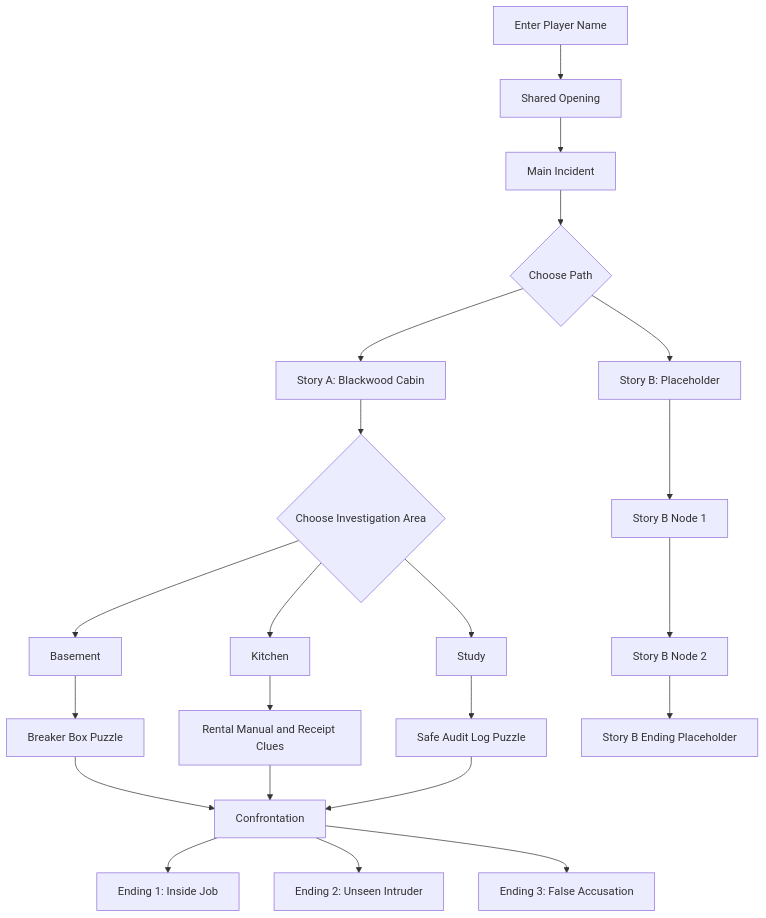
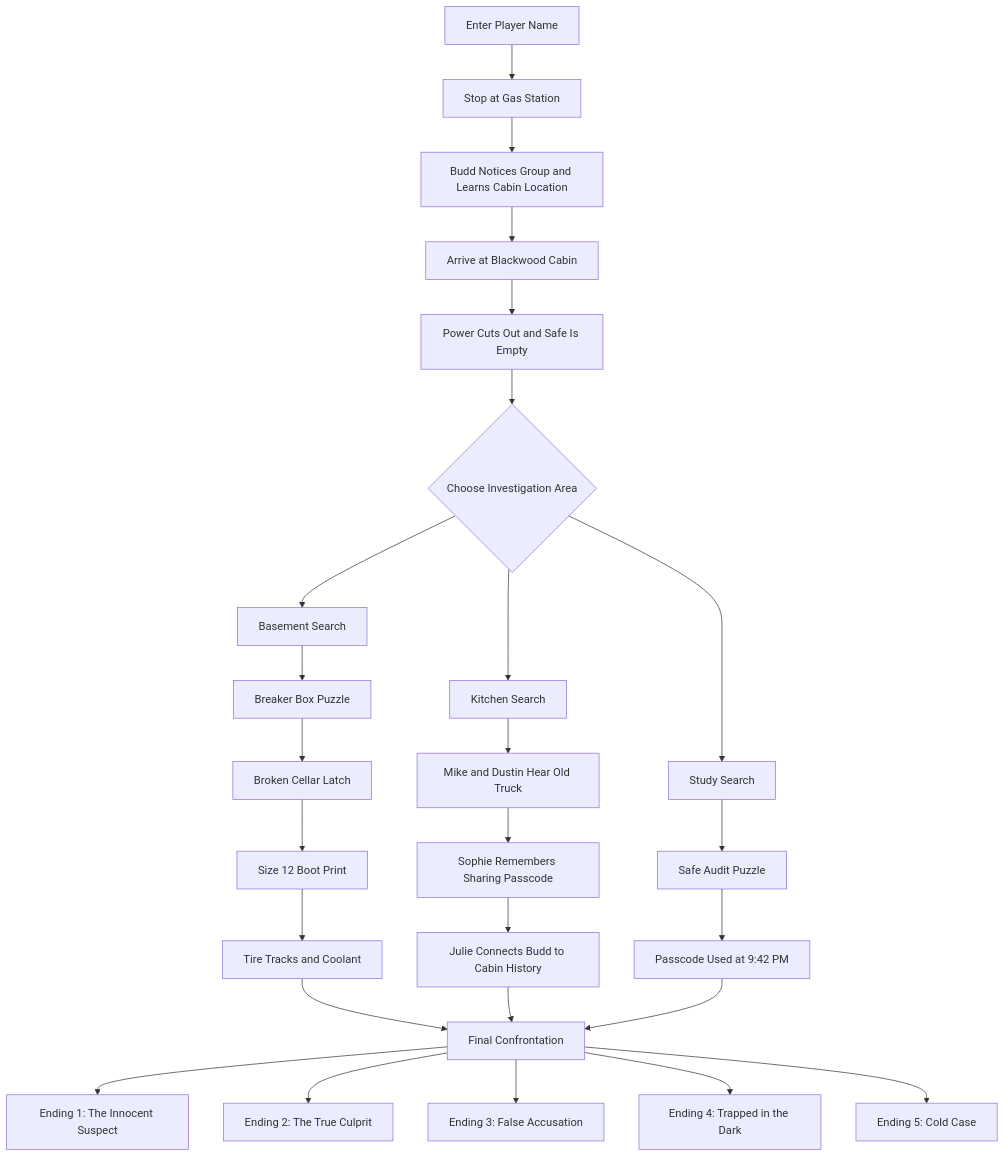
Before and after one commit to wakesth7/web115FinalProject26: the diagram in README.md, drawn with Mermaid.

Commit message:
update flow chart with second story

````diff
--- a/README.md
+++ b/README.md
@@ -27,31 +27,34 @@
 ```mermaid
 flowchart TD
-    A[Enter Player Name] --> B[Shared Opening]
-    B --> C[Main Incident]
-    C --> D{Choose Path}
-
-    D --> E[Story A: Blackwood Cabin]
-    D --> N[Story B: Placeholder]
-
+    A[Enter Player Name] --> B[Stop at Gas Station]
+    B --> C[Budd Notices Group and Learns Cabin Location]
+    C --> D[Arrive at Blackwood Cabin]
+    D --> E[Power Cuts Out and Safe Is Empty]
     E --> F{Choose Investigation Area}
 
-    F --> G[Basement]
-    F --> H[Kitchen]
-    F --> I[Study]
+    F --> G[Basement Search]
+    F --> L[Kitchen Search]
+    F --> P[Study Search]
 
-    G --> J[Breaker Box Puzzle]
-    H --> K[Rental Manual and Receipt Clues]
-    I --> L[Safe Audit Log Puzzle]
+    G --> H[Breaker Box Puzzle]
+    H --> I[Broken Cellar Latch]
+    I --> J[Size 12 Boot Print]
+    J --> K[Tire Tracks and Coolant]
 
-    J --> M[Confrontation]
-    K --> M
-    L --> M
+    L --> M[Mike and Dustin Hear Old Truck]
+    M --> N[Sophie Remembers Sharing Passcode]
+    N --> O[Julie Connects Budd to Cabin History]
 
-    M --> O[Ending 1: Inside Job]
-    M --> P[Ending 2: Unseen Intruder]
-    M --> Q[Ending 3: False Accusation]
+    P --> Q[Safe Audit Puzzle]
+    Q --> R[Passcode Used at 9:42 PM]
 
-    N --> R[Story B Node 1]
-    R --> S[Story B Node 2]
-    S --> T[Story B Ending Placeholder]
+    K --> S[Final Confrontation]
+    O --> S
+    R --> S
+
+    S --> T[Ending 1: The Innocent Suspect]
+    S --> U[Ending 2: The True Culprit]
+    S --> V[Ending 3: False Accusation]
+    S --> W[Ending 4: Trapped in the Dark]
+    S --> X[Ending 5: Cold Case]
 ```
````
